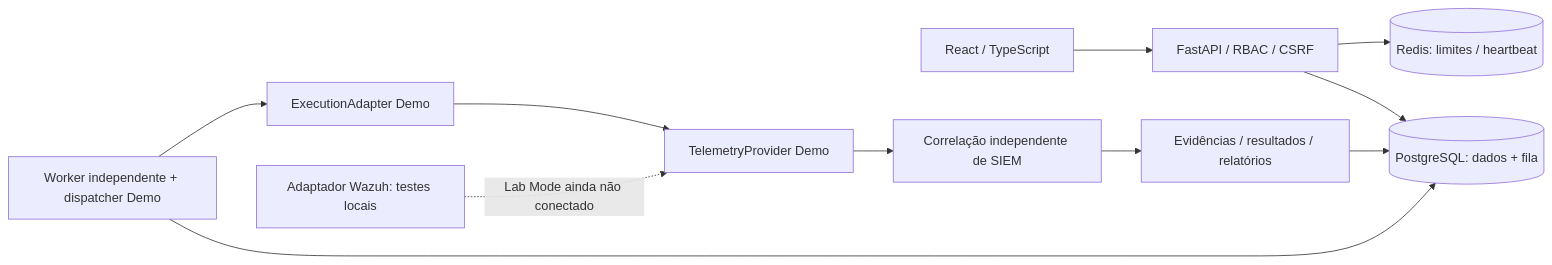
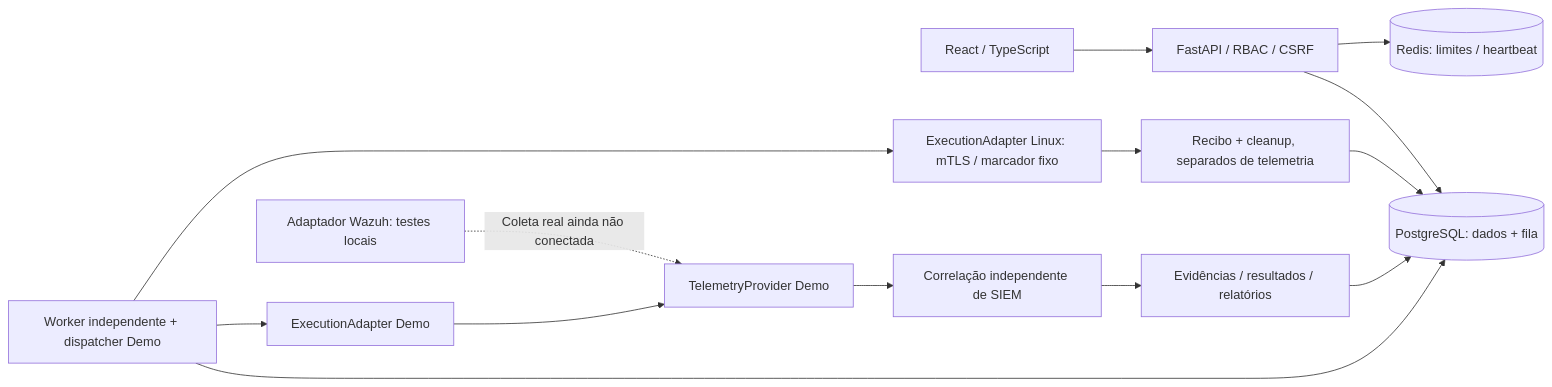
Before and after one commit to Buraddomoon/AEGIS: the diagram in README.md, drawn with Mermaid. The commit also changed other lines of this file and 10 other files, not shown here.

Commit message:
docs(product): publish verified Linux milestone with real application screenshots

````diff
--- a/README.md
+++ b/README.md
@@ -81,13 +85,16 @@
 ```mermaid
 flowchart LR
   Browser[React / TypeScript] --> API[FastAPI / RBAC / CSRF]
   API --> DB[(PostgreSQL: dados + fila)]
   API --> Redis[(Redis: limites / heartbeat)]
   Worker[Worker independente + dispatcher Demo] --> DB
   Worker --> Demo[ExecutionAdapter Demo]
+  Worker --> Linux[ExecutionAdapter Linux: mTLS / marcador fixo]
+  Linux --> Receipts[Recibo + cleanup, separados de telemetria]
+  Receipts --> DB
   Demo --> Telemetry[TelemetryProvider Demo]
   Telemetry --> Validate[Correlação independente de SIEM]
   Validate --> Evidence[Evidências / resultados / relatórios]
   Evidence --> DB
-  Wazuh[Adaptador Wazuh: testes locais] -. Lab Mode ainda não conectado .-> Telemetry
+  Wazuh[Adaptador Wazuh: testes locais] -. Coleta real ainda não conectada .-> Telemetry
 ```
````
